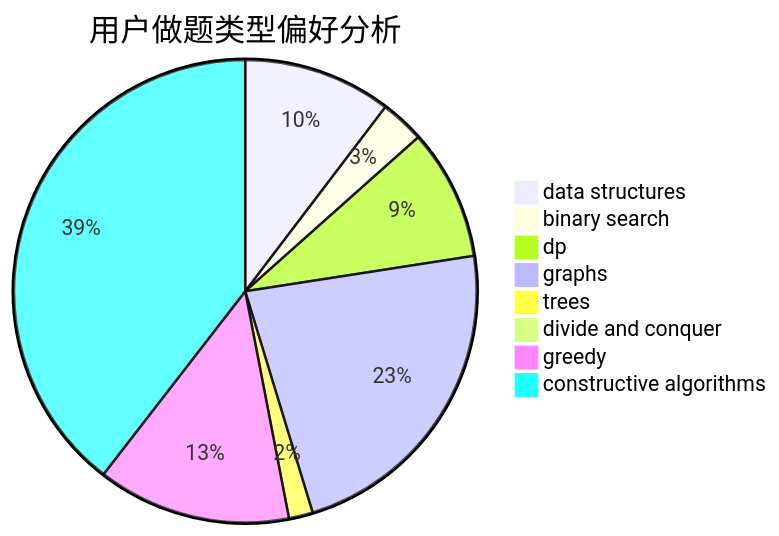
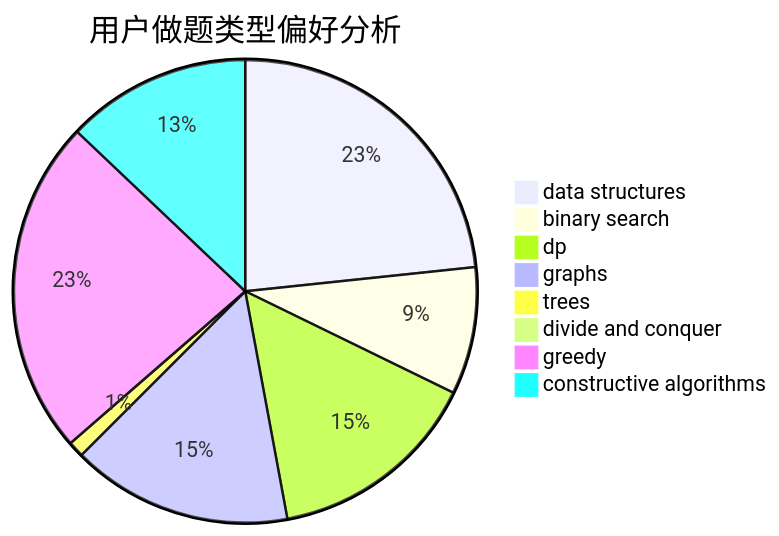
Before and after one commit to sherpahu/cfrs.github.io: the second of 3 diagrams in docs/user/u2459.md, drawn with Mermaid. The commit also changed other lines of this file and 2770 other files, not shown here.

````diff
--- a/docs/user/u2459.md
+++ b/docs/user/u2459.md
@@ -23,11 +23,11 @@
 ```mermaid
 pie title 用户做题类型偏好分析
-    "data structures" :  111
-    "binary search" :  33
-    "dp" :  98
-    "graphs" :  244
-    "trees" :  18
-    "divide and conquer" :  4
-    "greedy" :  145
-    "constructive algorithms" :  424
+    "data structures" :  168
+    "binary search" :  64
+    "dp" :  107
+    "graphs" :  111
+    "trees" :  8
+    "divide and conquer" :  1
+    "greedy" :  169
+    "constructive algorithms" :  93
 ```
````
